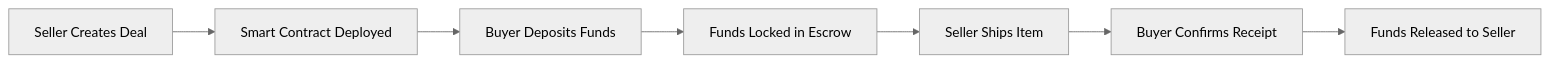
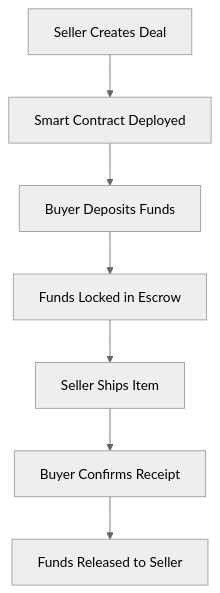
The diagram in README.md (kiettt23/trust-deal), drawn with Mermaid (neutral theme) before and after one commit. The commit also changed other lines of this file and 3 other files, not shown here.

````diff
--- a/README.md
+++ b/README.md
@@ -219,9 +184,9 @@
 ```mermaid
-graph LR
+graph
     A[Seller Creates Deal] --> B[Smart Contract Deployed]
     B --> C[Buyer Deposits Funds]
     C --> D[Funds Locked in Escrow]
     D --> E[Seller Ships Item]
     E --> F[Buyer Confirms Receipt]
     F --> G[Funds Released to Seller]
 ```
````
